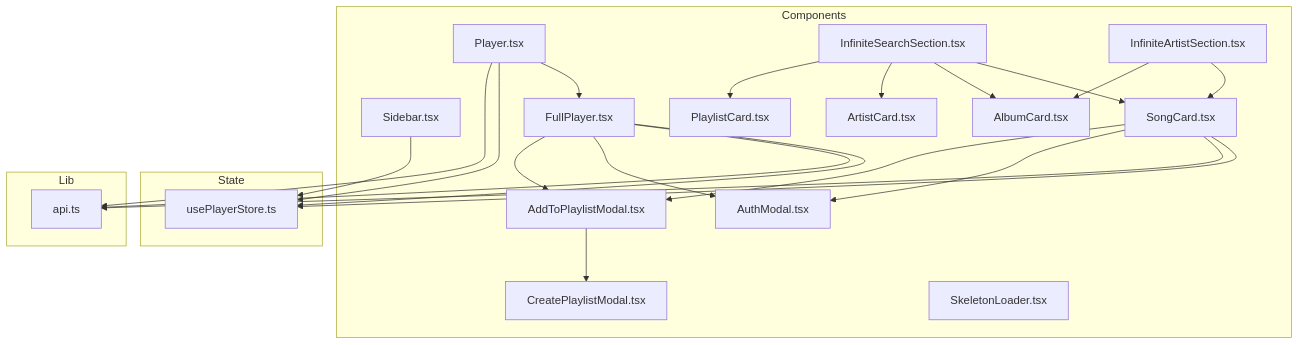
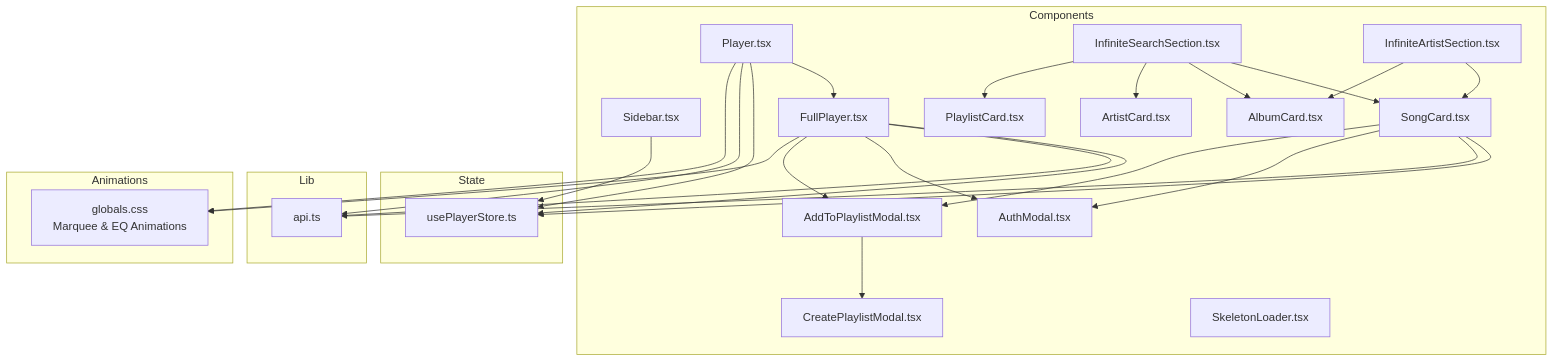
Before and after one commit to moindestiny/SonicStream: the first of 8 diagrams in .qoder/repowiki/en/content/Component Library/Component Library.md, drawn with Mermaid. The commit also changed other lines of this file and 5 other files, not shown here.

````diff
--- a/.qoder/repowiki/en/content/Component Library/Component Library.md
+++ b/.qoder/repowiki/en/content/Component Library/Component Library.md
@@ -43,43 +55,48 @@
 ```mermaid
 graph TB
 subgraph "Components"
 A["Sidebar.tsx"]
 B["Player.tsx"]
 C["FullPlayer.tsx"]
 D["SongCard.tsx"]
 E["AlbumCard.tsx"]
 F["ArtistCard.tsx"]
 G["PlaylistCard.tsx"]
 H["InfiniteSearchSection.tsx"]
 I["InfiniteArtistSection.tsx"]
 J["AuthModal.tsx"]
 K["AddToPlaylistModal.tsx"]
 L["CreatePlaylistModal.tsx"]
 M["SkeletonLoader.tsx"]
 end
 subgraph "State"
 S["usePlayerStore.ts"]
 end
 subgraph "Lib"
 U["api.ts"]
 end
+subgraph "Animations"
+V["globals.css<br/>Marquee & EQ Animations"]
+end
 B --> C
 B --> S
 B --> U
+B --> V
 D --> S
 D --> U
 D --> J
 D --> K
 K --> L
 C --> S
 C --> U
 C --> J
 C --> K
+C --> V
 H --> D
 H --> E
 H --> F
 H --> G
 I --> D
 I --> E
 A --> S
 ```
````
